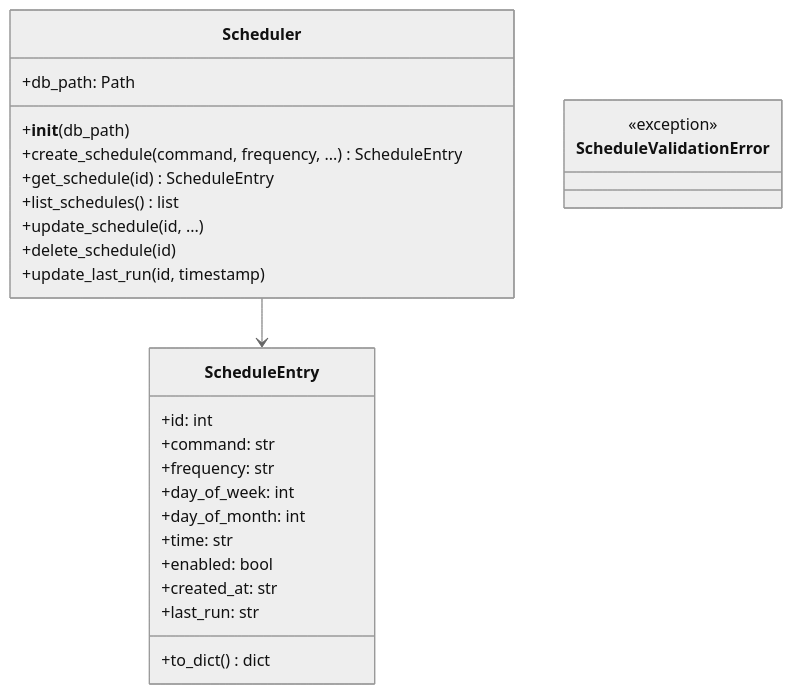
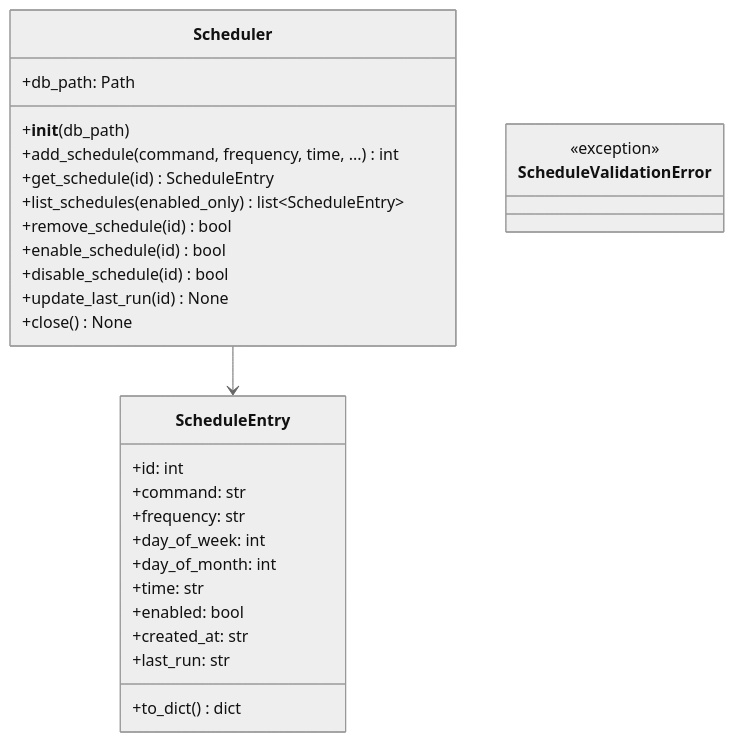
One commit to tumma72/GMailArchiver changed the fifth of 9 diagrams in src/gmailarchiver/connectors/ARCHITECTURE.md. Above: the diagram before and after it, drawn with Mermaid (neutral theme). The commit also changed other lines of this file and 7 other files, not shown here.

````diff
--- a/src/gmailarchiver/connectors/ARCHITECTURE.md
+++ b/src/gmailarchiver/connectors/ARCHITECTURE.md
@@ -226,29 +276,31 @@
 ```mermaid
 classDiagram
     class Scheduler {
         +db_path: Path
         +__init__(db_path)
-        +create_schedule(command, frequency, ...) ScheduleEntry
+        +add_schedule(command, frequency, time, ...) int
         +get_schedule(id) ScheduleEntry
-        +list_schedules() list
-        +update_schedule(id, ...)
-        +delete_schedule(id)
-        +update_last_run(id, timestamp)
+        +list_schedules(enabled_only) list~ScheduleEntry~
+        +remove_schedule(id) bool
+        +enable_schedule(id) bool
+        +disable_schedule(id) bool
+        +update_last_run(id) None
+        +close() None
     }
     class ScheduleEntry {
         +id: int
         +command: str
         +frequency: str
         +day_of_week: int
         +day_of_month: int
         +time: str
         +enabled: bool
         +created_at: str
         +last_run: str
         +to_dict() dict
     }
     class ScheduleValidationError {
         <<exception>>
     }
     Scheduler --> ScheduleEntry
 ```
````
